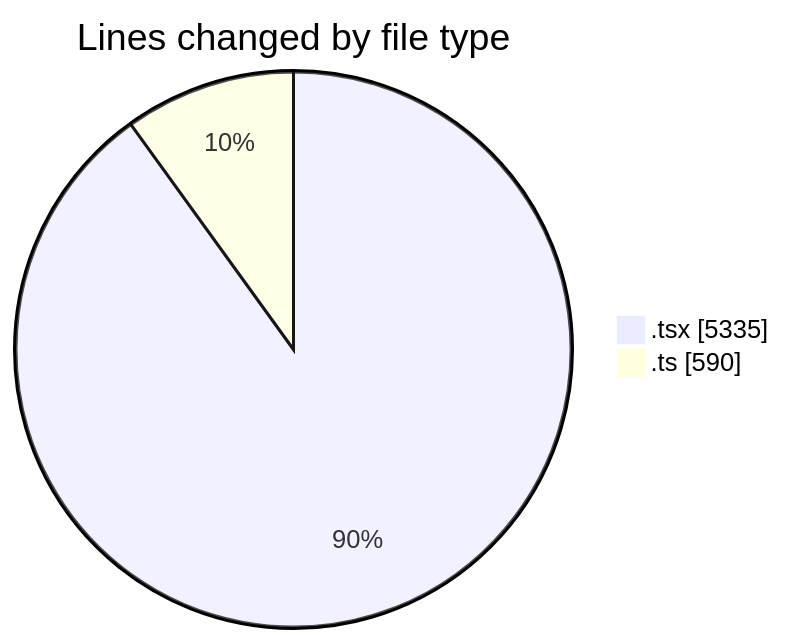
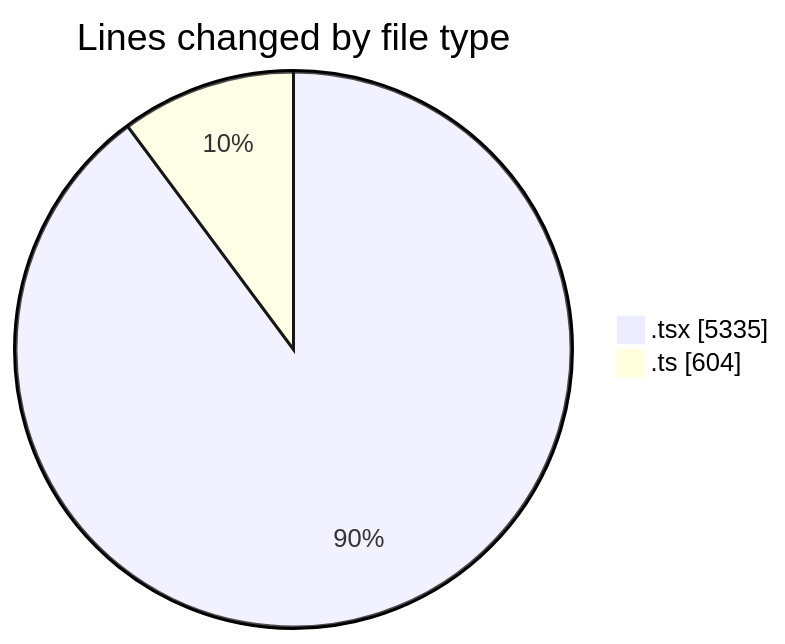
The first of 2 diagrams in 2026-03-15/nxtqube_webapp/README.md (nxtqubesakshisongat/code-tracking), drawn with Mermaid before and after one commit. The commit also changed other lines of this file and 1 other file, not shown here.

````diff
--- a/2026-03-15/nxtqube_webapp/README.md
+++ b/2026-03-15/nxtqube_webapp/README.md
@@ -32,6 +32,6 @@
 ```mermaid
 pie showData
 title Lines changed by file type
 ".tsx" : 5335
-".ts" : 590
+".ts" : 604
 ```
````
